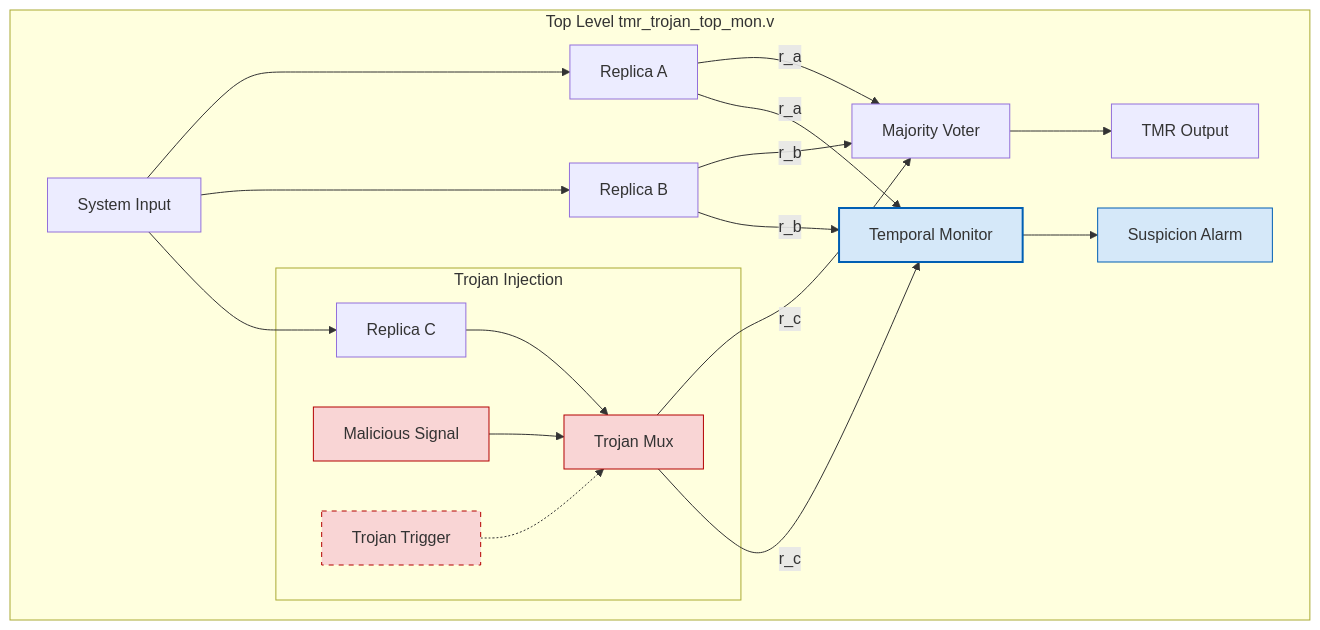
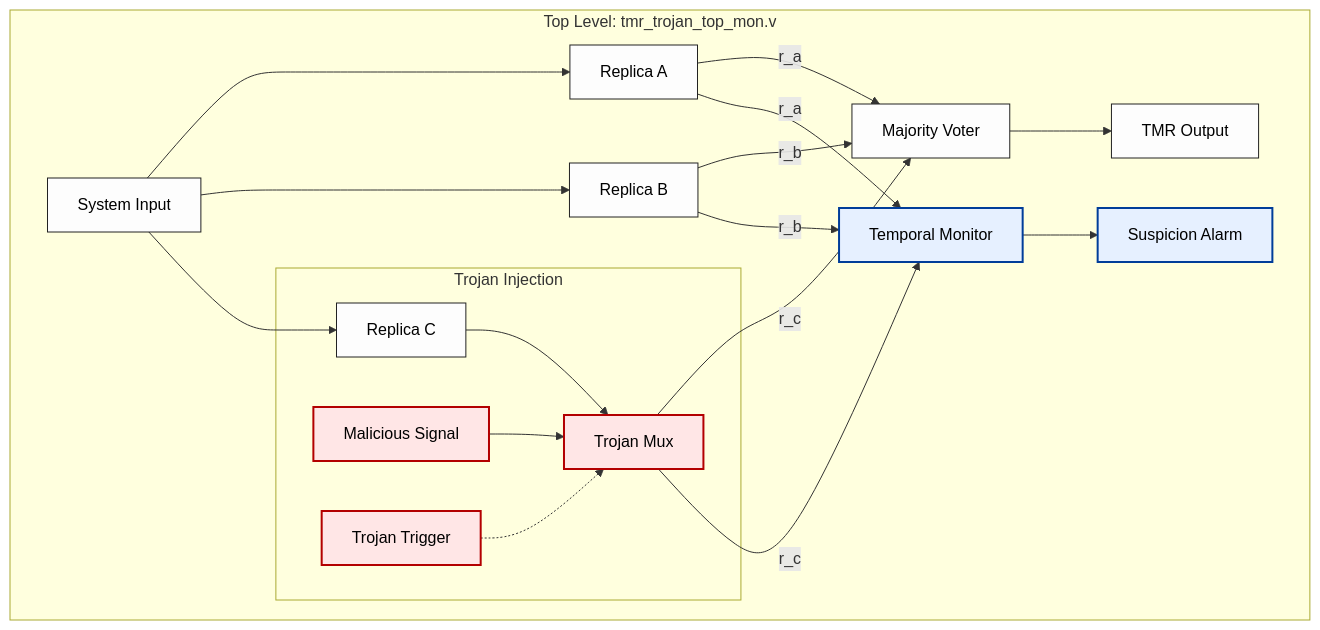
Before and after one commit to MoarSHAm/tmr-hardware-trojan-detection: the diagram in README.md, drawn with Mermaid. The commit also changed other lines of this file, not shown here.

````diff
--- a/README.md
+++ b/README.md
@@ -39,34 +41,39 @@
 ```mermaid
-
 graph TD
-  subgraph Top_Level["Top Level tmr_trojan_top_mon.v"]
+  subgraph Top_Level["Top Level: tmr_trojan_top_mon.v"]
     Input[System Input] --> RepA[Replica A]
     Input --> RepB[Replica B]
     Input --> RepC_Good[Replica C]
 
     subgraph Trojan_Injection["Trojan Injection"]
       RepC_Good --> TrojanMux[Trojan Mux]
       Malicious[Malicious Signal] --> TrojanMux
       Trigger[Trojan Trigger] -.-> TrojanMux
     end
 
     RepA -- r_a --> Voter[Majority Voter]
     RepB -- r_b --> Voter
     TrojanMux -- r_c --> Voter
 
     RepA -- r_a --> Monitor[Temporal Monitor]
     RepB -- r_b --> Monitor
     TrojanMux -- r_c --> Monitor
 
     Voter --> Output[TMR Output]
     Monitor --> Alarm[Suspicion Alarm]
   end
 
-  style TrojanMux fill:#f9d5d5,stroke:#b30000
-  style Malicious fill:#f9d5d5,stroke:#b30000
-  style Trigger fill:#f9d5d5,stroke:#b30000,stroke-dasharray:5 5
-  style Monitor fill:#d5e8f9,stroke:#005fb3,stroke-width:2px
-  style Alarm fill:#d5e8f9,stroke:#005fb3
+  %% ===== Styling =====
+  classDef normal fill:#fdfdfd,stroke:#222,stroke-width:1px,color:#000
+  classDef trojan fill:#ffe6e6,stroke:#b30000,stroke-width:2px,color:#000
+  classDef monitor fill:#e6f0ff,stroke:#003d99,stroke-width:2px,color:#000
+  classDef alarm fill:#e6f0ff,stroke:#003d99,stroke-width:2px,color:#000
+
+  class Input,RepA,RepB,RepC_Good,Voter,Output normal
+  class TrojanMux,Malicious,Trigger trojan
+  class Monitor monitor
+  class Alarm alarm
+
 
 
 ```
````
